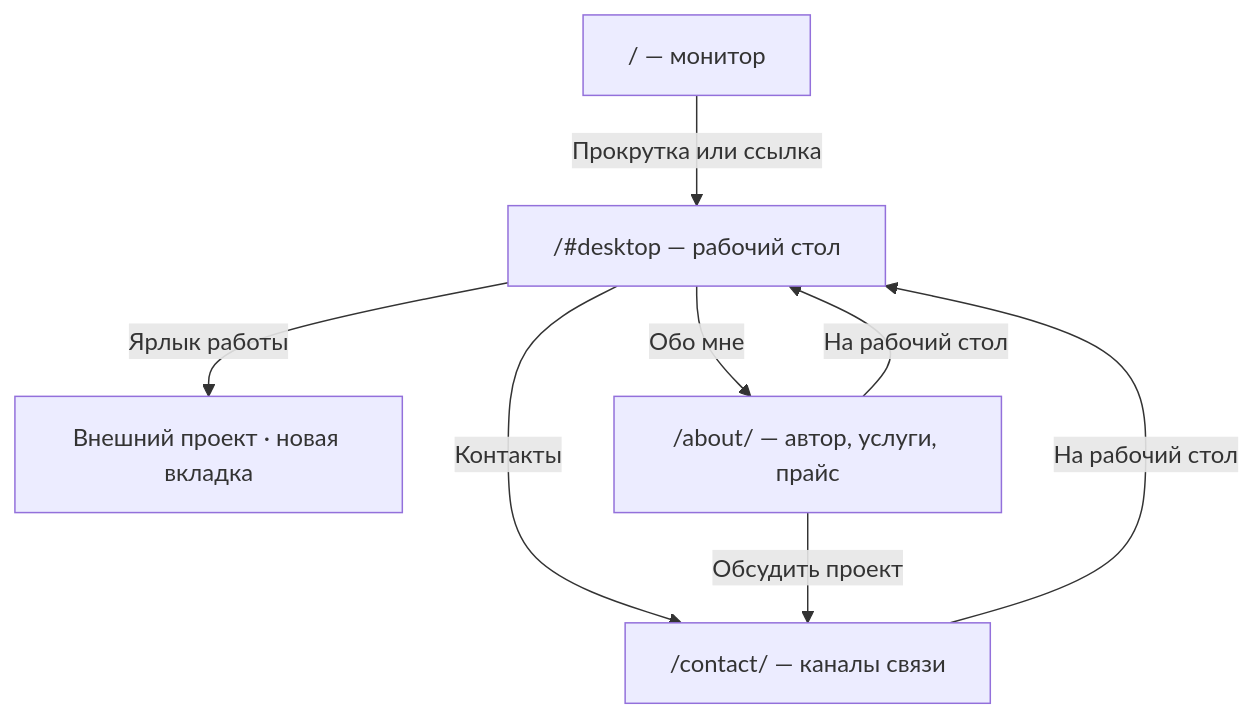
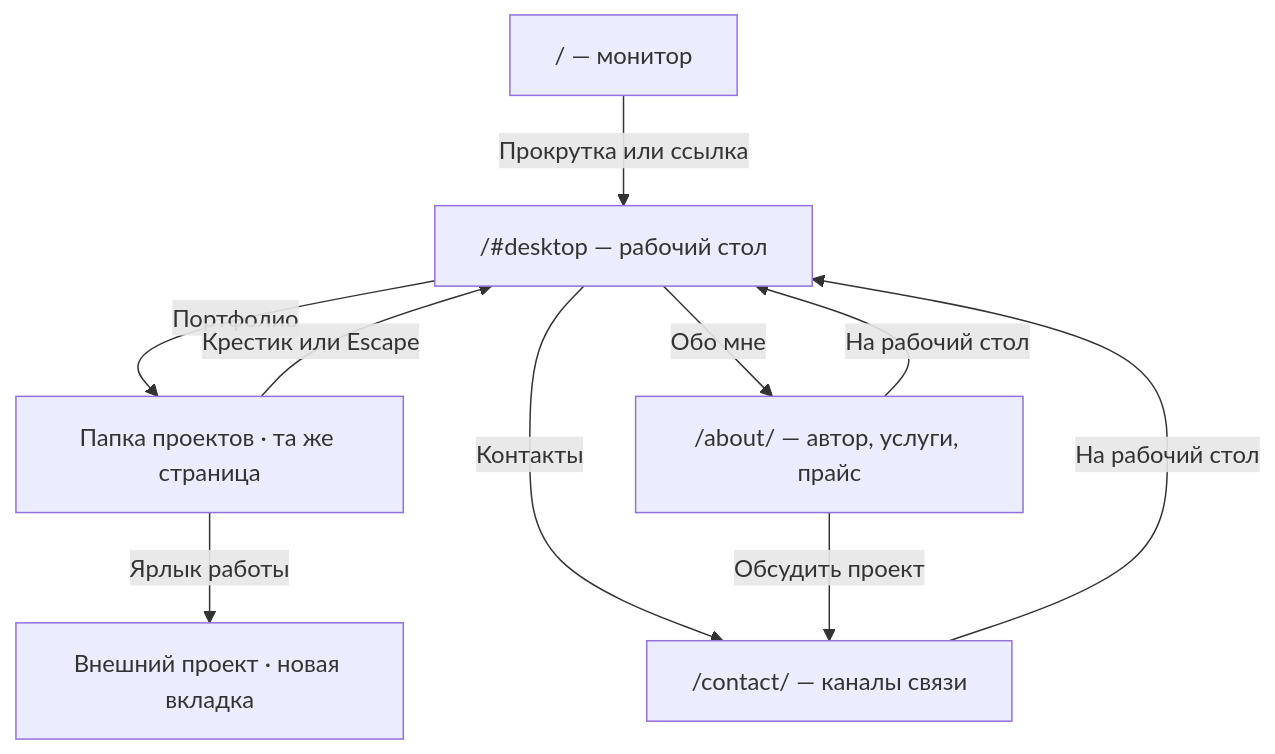
Before and after one commit to qwavezzz/portfolio: the diagram in design/SCREENS.md, drawn with Mermaid. The commit also changed other lines of this file and 47 other files, not shown here.

````diff
--- a/design/SCREENS.md
+++ b/design/SCREENS.md
@@ -94,10 +96,12 @@
 ```mermaid
 flowchart TD
     A["/ — монитор"] -->|"Прокрутка или ссылка"| B["/#desktop — рабочий стол"]
-    B -->|"Ярлык работы"| C["Внешний проект · новая вкладка"]
+    B -->|"Портфолио"| F["Папка проектов · та же страница"]
+    F -->|"Ярлык работы"| C["Внешний проект · новая вкладка"]
+    F -->|"Крестик или Escape"| B
     B -->|"Обо мне"| D["/about/ — автор, услуги, прайс"]
     B -->|"Контакты"| E["/contact/ — каналы связи"]
     D -->|"Обсудить проект"| E
     D -->|"На рабочий стол"| B
     E -->|"На рабочий стол"| B
 ```
````
